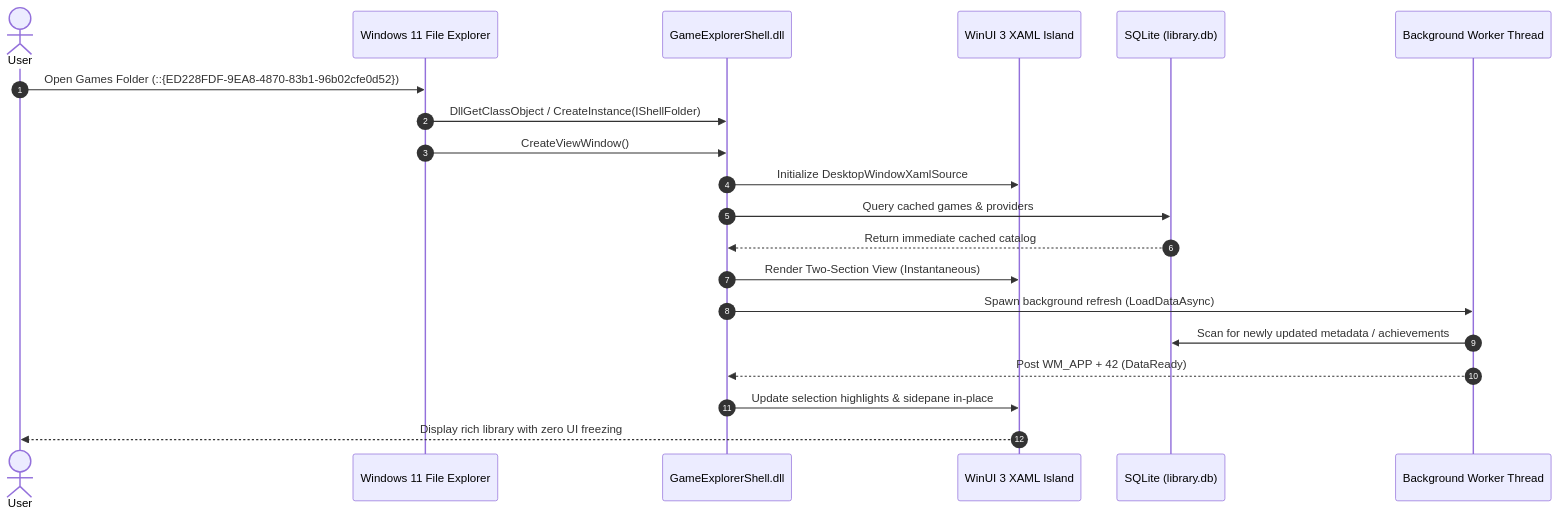
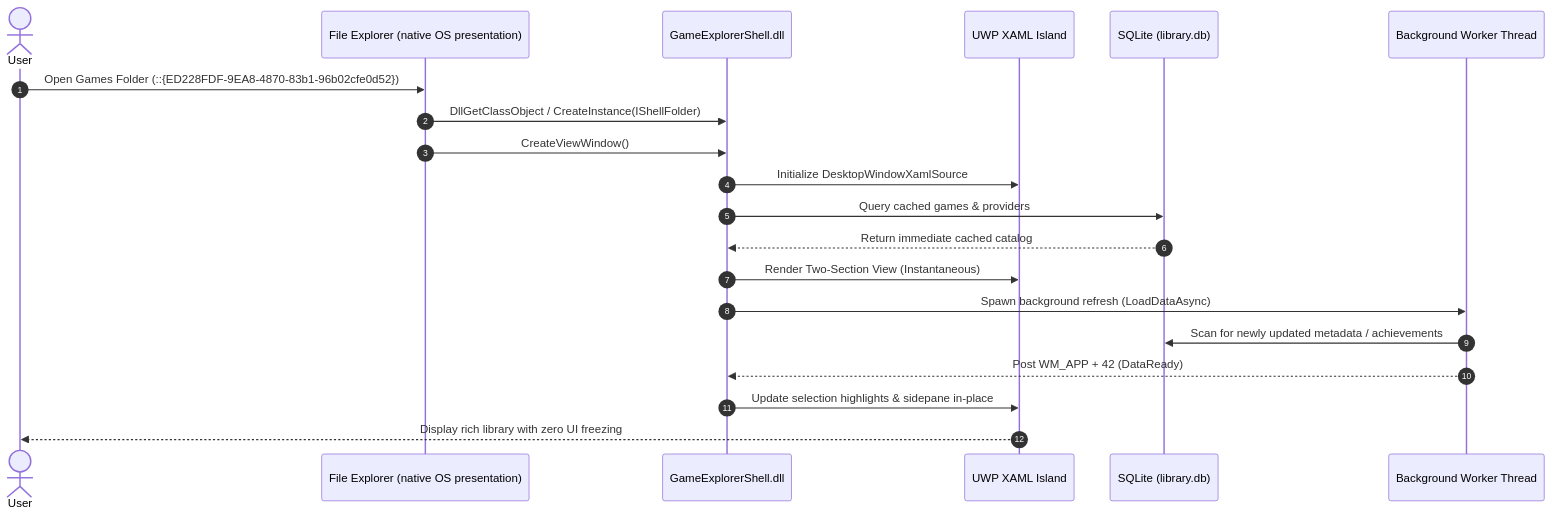
The third of 3 diagrams in docs/developer-guide.md (HELIX-Origin/windows-game-explorer), drawn with Mermaid before and after one commit. The commit also changed other lines of this file and 35 other files, not shown here.

Commit message:
feat(m18-m19): explorer watcher/loader, preload worker optimization, Windows 10/11 compatibility

````diff
--- a/docs/developer-guide.md
+++ b/docs/developer-guide.md
@@ -350,24 +364,24 @@
 ```mermaid
 sequenceDiagram
     autonumber
     actor User
-    participant Explorer as Windows 11 File Explorer
+    participant Explorer as File Explorer (native OS presentation)
     participant Shell as GameExplorerShell.dll
-    participant Xaml as WinUI 3 XAML Island
+    participant Xaml as UWP XAML Island
     participant DB as SQLite (library.db)
     participant Worker as Background Worker Thread
 
     User->>Explorer: Open Games Folder (::{ED228FDF-9EA8-4870-83b1-96b02cfe0d52})
     Explorer->>Shell: DllGetClassObject / CreateInstance(IShellFolder)
     Explorer->>Shell: CreateViewWindow()
     Shell->>Xaml: Initialize DesktopWindowXamlSource
     Shell->>DB: Query cached games & providers
     DB-->>Shell: Return immediate cached catalog
     Shell->>Xaml: Render Two-Section View (Instantaneous)
     
     Shell->>Worker: Spawn background refresh (LoadDataAsync)
     Worker->>DB: Scan for newly updated metadata / achievements
     Worker-->>Shell: Post WM_APP + 42 (DataReady)
     Shell->>Xaml: Update selection highlights & sidepane in-place
     Xaml-->>User: Display rich library with zero UI freezing
 ```
````
